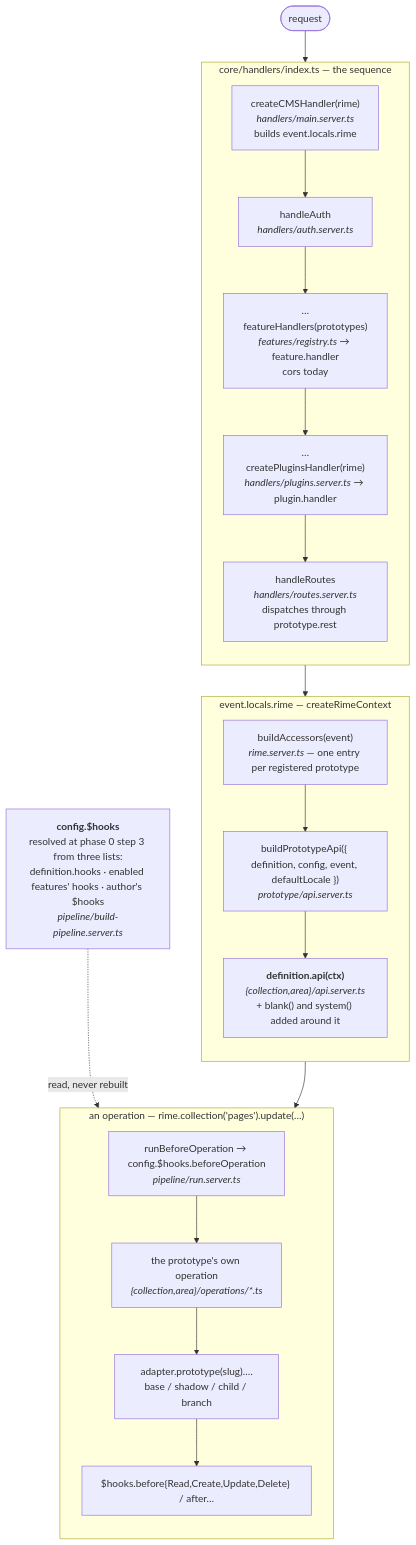
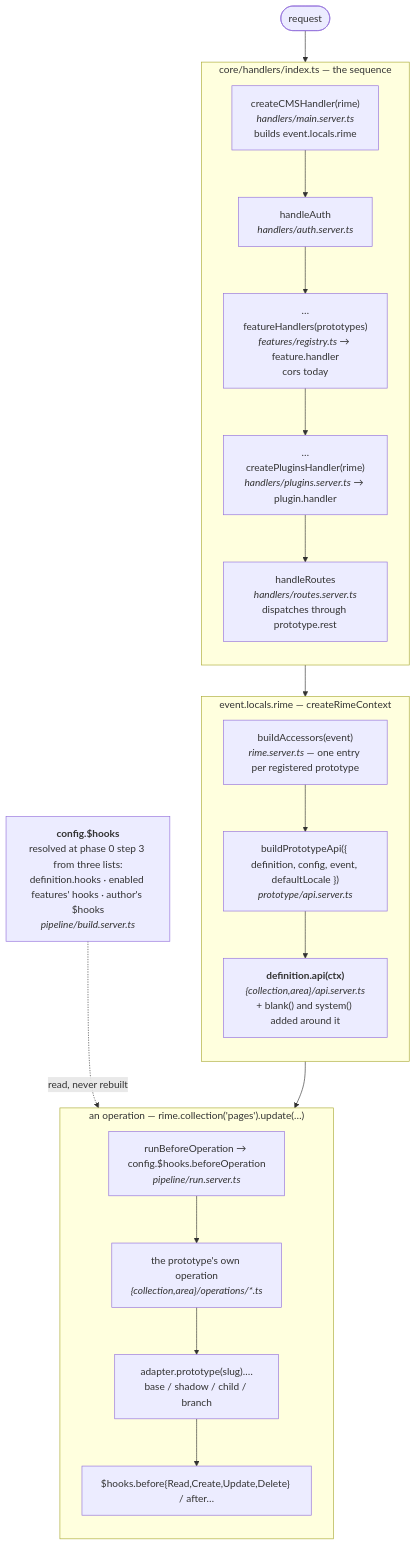
Before and after one commit to bienbiendev/rime: the fourth of 4 diagrams in docs/architecture-target.md, drawn with Mermaid. The commit also changed other lines of this file and 13 other files, not shown here.

````diff
--- a/docs/architecture-target.md
+++ b/docs/architecture-target.md
@@ -191,40 +191,40 @@
 ```mermaid
 flowchart TB
     REQ(["request"])
 
     subgraph handlers["core/handlers/index.ts — the sequence"]
         direction TB
         H1["createCMSHandler(rime)<br/><i>handlers/main.server.ts</i><br/>builds event.locals.rime"]
         H2["handleAuth<br/><i>handlers/auth.server.ts</i>"]
         H3["…featureHandlers(prototypes)<br/><i>features/registry.ts</i> → feature.handler<br/>cors today"]
         H4["…createPluginsHandler(rime)<br/><i>handlers/plugins.server.ts</i> → plugin.handler"]
         H5["handleRoutes<br/><i>handlers/routes.server.ts</i><br/>dispatches through prototype.rest"]
         H1 --> H2 --> H3 --> H4 --> H5
     end
 
     REQ --> handlers
 
     subgraph locals["event.locals.rime — createRimeContext"]
         direction TB
         L1["buildAccessors(event)<br/><i>rime.server.ts</i> — one entry per registered prototype"]
         L2["buildPrototypeApi({ definition, config, event, defaultLocale })<br/><i>prototype/api.server.ts</i>"]
         L3["<b>definition.api(ctx)</b><br/><i>{collection,area}/api.server.ts</i><br/>+ blank() and system() added around it"]
         L1 --> L2 --> L3
     end
 
     H1 --> locals
 
     subgraph op["an operation — rime.collection('pages').update(…)"]
         direction TB
         O1["runBeforeOperation → config.$hooks.beforeOperation<br/><i>pipeline/run.server.ts</i>"]
         O2["the prototype's own operation<br/><i>{collection,area}/operations/*.ts</i>"]
         O3["adapter.prototype(slug).…<br/>base / shadow / child / branch"]
         O4["$hooks.before{Read,Create,Update,Delete} / after…"]
         O1 --> O2 --> O3 --> O4
     end
 
     L3 --> op
 
-    PIPE["<b>config.$hooks</b><br/>resolved at phase 0 step 3 from three lists:<br/>definition.hooks · enabled features' hooks · author's $hooks<br/><i>pipeline/build-pipeline.server.ts</i>"]
+    PIPE["<b>config.$hooks</b><br/>resolved at phase 0 step 3 from three lists:<br/>definition.hooks · enabled features' hooks · author's $hooks<br/><i>pipeline/build.server.ts</i>"]
     PIPE -.->|"read, never rebuilt"| op
 ```
````
